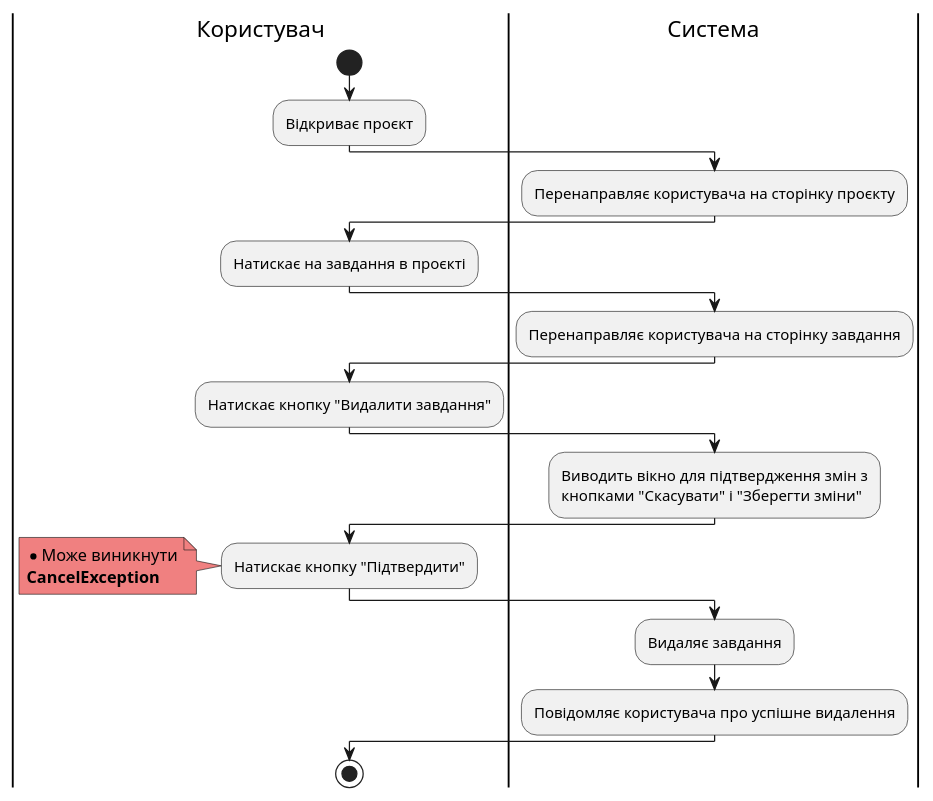
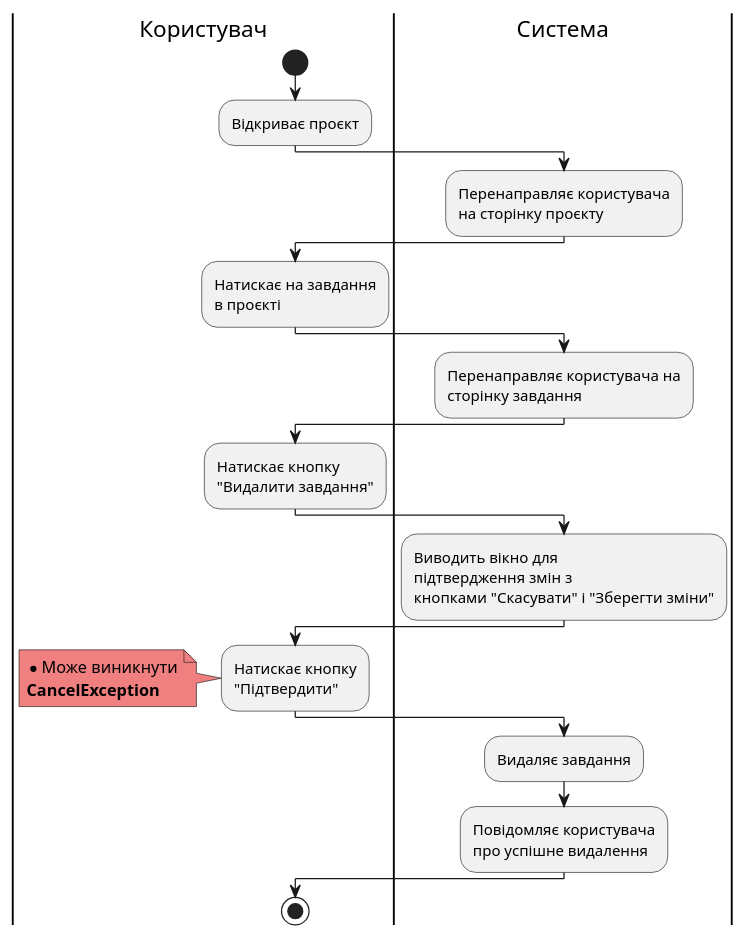
Before and after one commit to samoilenkomariia/db-coursework: diagram 16 of 22 in docs/use cases/README.md, drawn with PlantUML. The commit also changed other lines of this file, not shown here.

```diff
--- a/docs/use cases/README.md
+++ b/docs/use cases/README.md
@@ -554,36 +703,36 @@
 @startuml
 
     |Користувач|
     start;
     :Відкриває проєкт;
         
     |Система|
-    :Перенаправляє користувача на сторінку проєкту;
+    :Перенаправляє користувача\nна сторінку проєкту;
     
     |Користувач|
-    :Натискає на завдання в проєкті;
+    :Натискає на завдання\nв проєкті;
 
     |Система|
-    :Перенаправляє користувача на сторінку завдання;
+    :Перенаправляє користувача на\nсторінку завдання;
     
     |Користувач|
-    :Натискає кнопку "Видалити завдання";
+    :Натискає кнопку\n"Видалити завдання";
 
     |Система|
-    :Виводить вікно для підтвердження змін з\nкнопками "Скасувати" і "Зберегти зміни";
+    :Виводить вікно для\nпідтвердження змін з\nкнопками "Скасувати" і "Зберегти зміни";
 
     |Користувач|
-    :Натискає кнопку "Підтвердити";
+    :Натискає кнопку\n"Підтвердити";
     
     note left #lightcoral
         * Може виникнути
         <b>CancelException</b>
     end note
     
     |Система|
     :Видаляє завдання;
-    :Повідомляє користувача про успішне видалення;
+    :Повідомляє користувача\nпро успішне видалення;
     
     |Користувач|
         stop;
 @enduml
```
